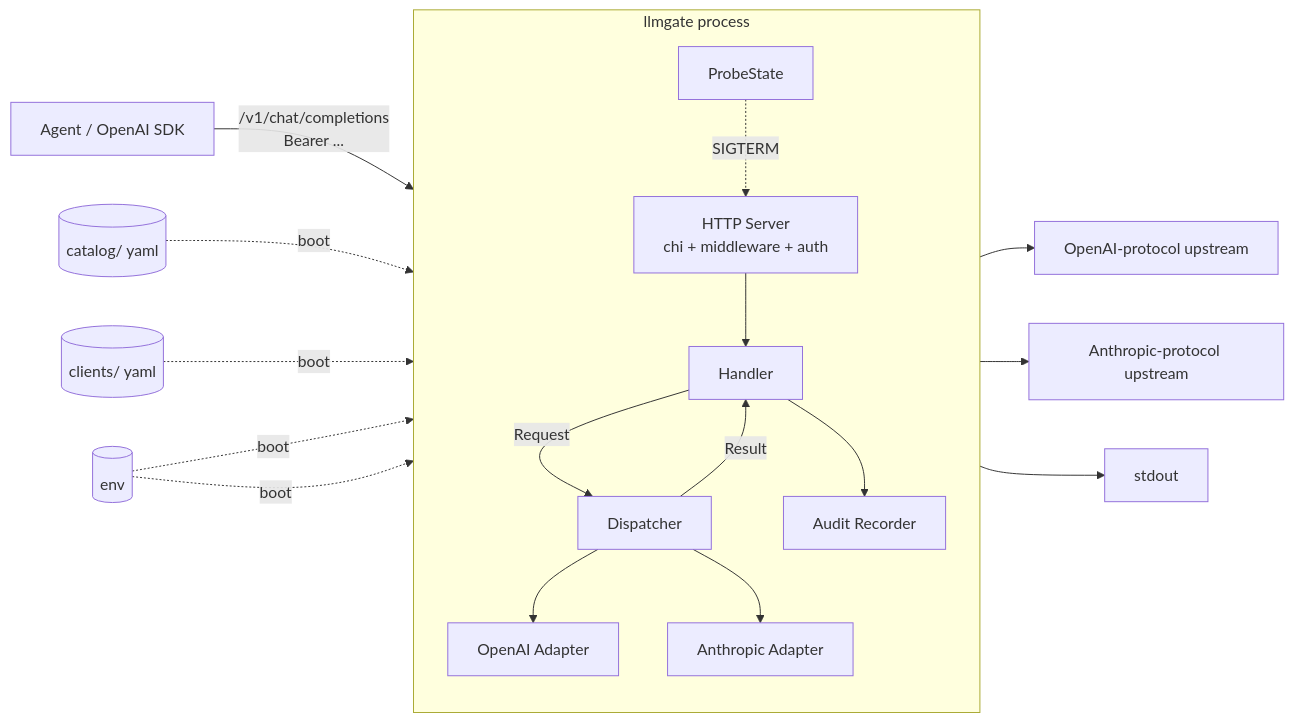
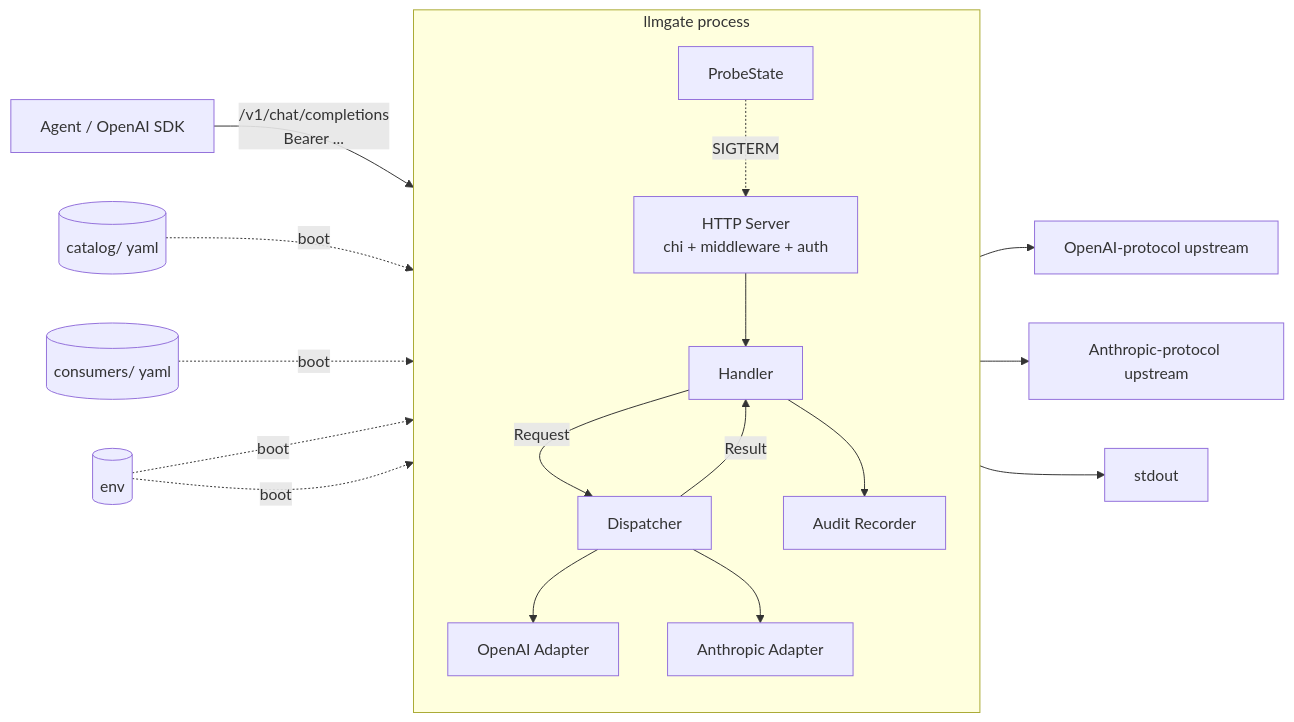
The first of 4 diagrams in docs/architecture.md (cagojeiger/llmgate), drawn with Mermaid before and after one commit. The commit also changed other lines of this file and 16 other files, not shown here.

````diff
--- a/docs/architecture.md
+++ b/docs/architecture.md
@@ -9,39 +9,39 @@
 ```mermaid
 graph LR
     Agent[Agent / OpenAI SDK]
 
     subgraph Gateway[llmgate process]
         direction TB
         Server["HTTP Server<br/>chi + middleware + auth"]
         Handler[Handler]
         Dispatcher[Dispatcher]
         OAI[OpenAI Adapter]
         Anth[Anthropic Adapter]
         Probe[ProbeState]
         Audit[Audit Recorder]
     end
 
     Catalog[(catalog/ yaml)]
-    Clients[(clients/ yaml)]
+    Clients[(consumers/ yaml)]
     Env[(env)]
     UpOAI[OpenAI-protocol upstream]
     UpAnth[Anthropic-protocol upstream]
     Sink[stdout]
 
     Agent -->|"/v1/chat/completions<br/>Bearer ..."| Server
     Server --> Handler
     Handler -->|Request| Dispatcher
     Dispatcher -->|Result| Handler
     Dispatcher --> OAI
     Dispatcher --> Anth
     OAI --> UpOAI
     Anth --> UpAnth
     Handler --> Audit
     Audit --> Sink
 
     Catalog -.boot.-> Dispatcher
     Clients -.boot.-> Server
     Env -.boot.-> Server
     Env -.boot.-> Dispatcher
     Probe -.SIGTERM.-> Server
 ```
````
